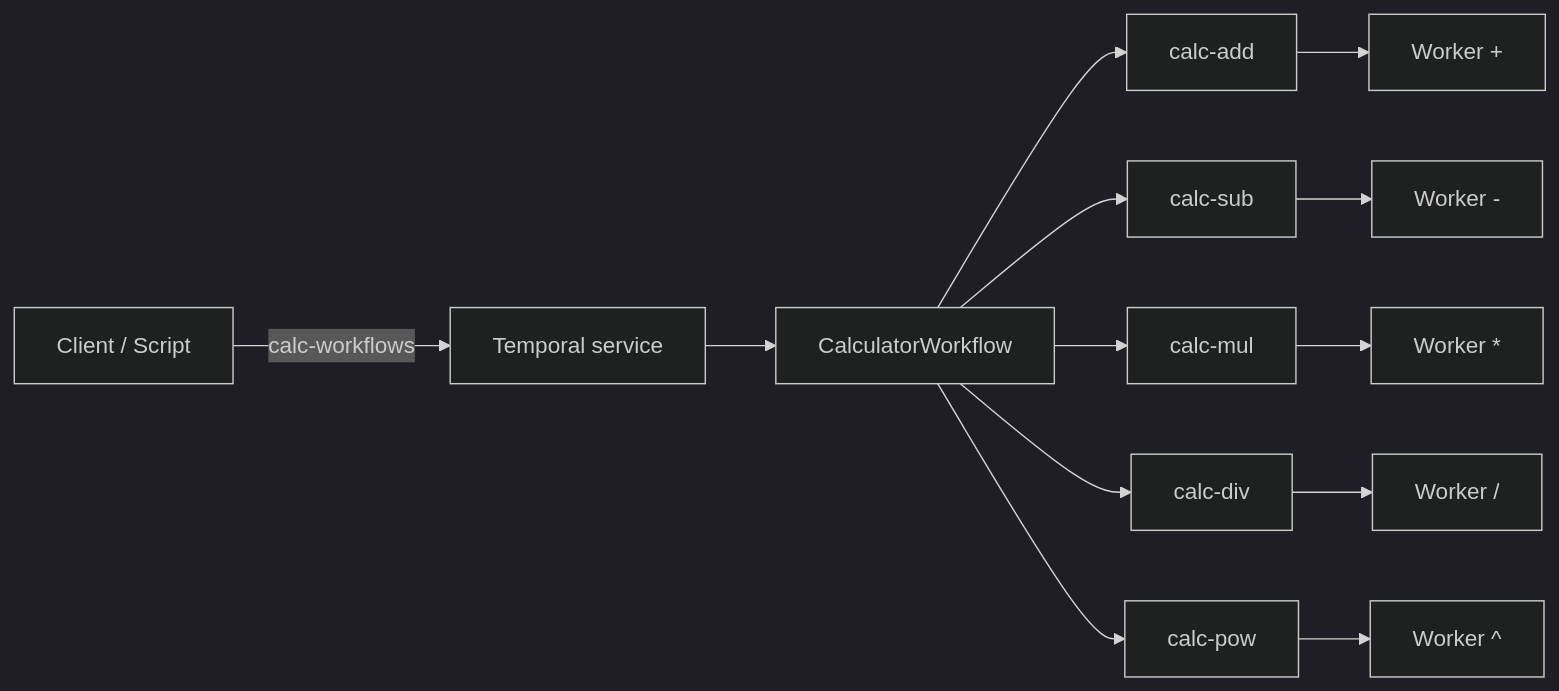
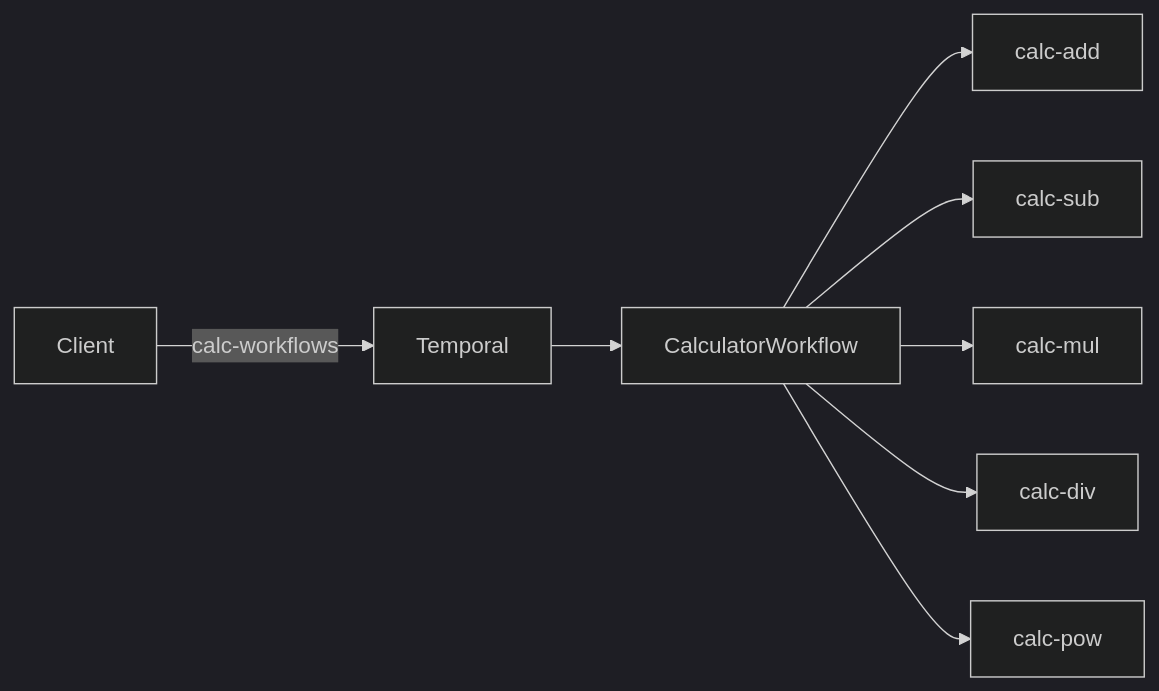
Before and after one commit to achaykovsky/temporal-worker-sdk-k8s: the diagram in README.md, drawn with Mermaid (dark theme). The commit also changed other lines of this file, not shown here.

````diff
--- a/README.md
+++ b/README.md
@@ -201,15 +98,10 @@
 ```mermaid
 flowchart LR
-  Client[Client / Script] -->|calc-workflows| Temporal[Temporal service]
+  Client[Client] -->|calc-workflows| Temporal[Temporal]
   Temporal --> W[CalculatorWorkflow]
   W --> QAdd[calc-add]
   W --> QSub[calc-sub]
   W --> QMul[calc-mul]
   W --> QDiv[calc-div]
   W --> QPow[calc-pow]
-  QAdd --> WA[Worker +]
-  QSub --> WB[Worker -]
-  QMul --> WC[Worker *]
-  QDiv --> WD[Worker /]
-  QPow --> WE[Worker ^]
 ```
````
